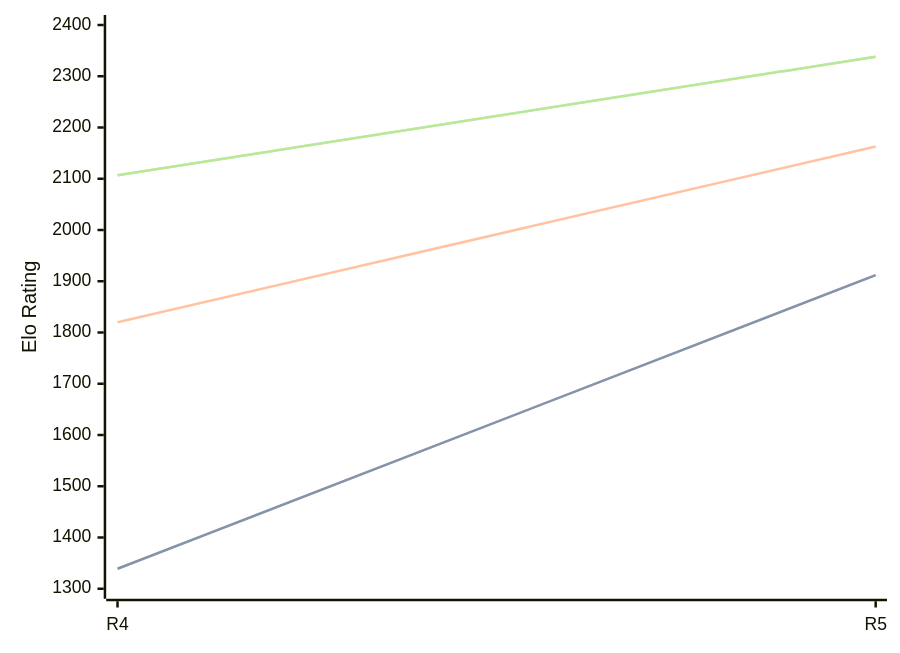
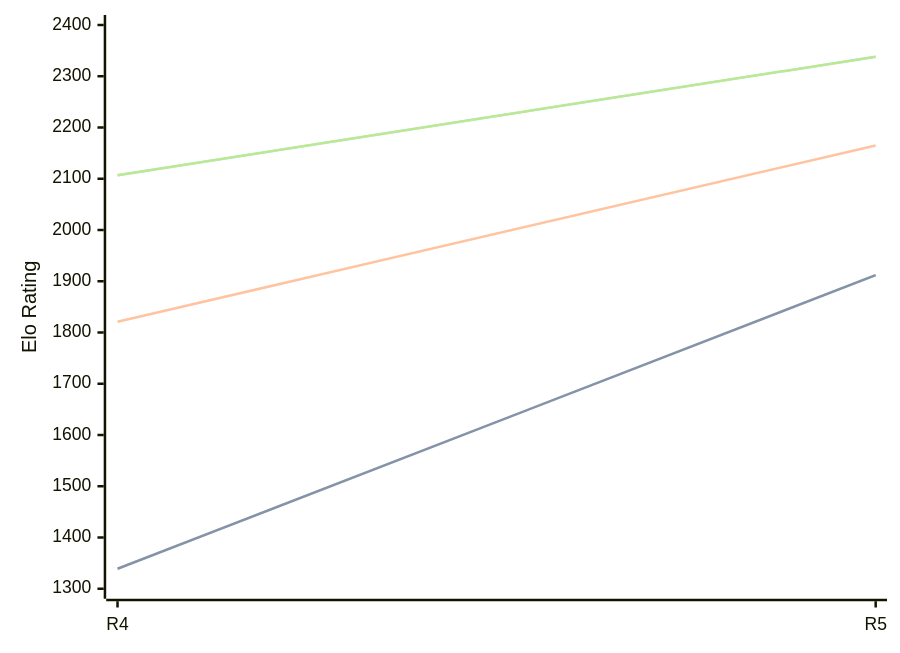
One commit to computer-chess-index/cci changed the diagram in engines/Viking.md. Above: the diagram before and after it, drawn with Mermaid. The commit also changed other lines of this file, not shown here.

````diff
--- a/engines/Viking.md
+++ b/engines/Viking.md
@@ -35,11 +35,11 @@
 ```mermaid
 %%{init: {"theme":"base","themeVariables":{"seriesColors:['#a3a3a3','#222221','#faa371']}}}%%
 xychart-beta
   x-axis ["R4", "R5"]
   y-axis "Elo Rating" 1300 --> 2400
   line "STC (8.0+0.08s)" [1339, 1912]
   line "STC (8.0+0.08s)" [1339, 1912]
-  line "LTC (60.0+0.60s)" [1820, 2163]
+  line "LTC (60.0+0.60s)" [1821, 2165]
   line "VLTC (2m24s+1.12s)" [2107, 2338]
   line "VLTC (2m24s+1.12s)" [2107, 2338]
 ```
````
